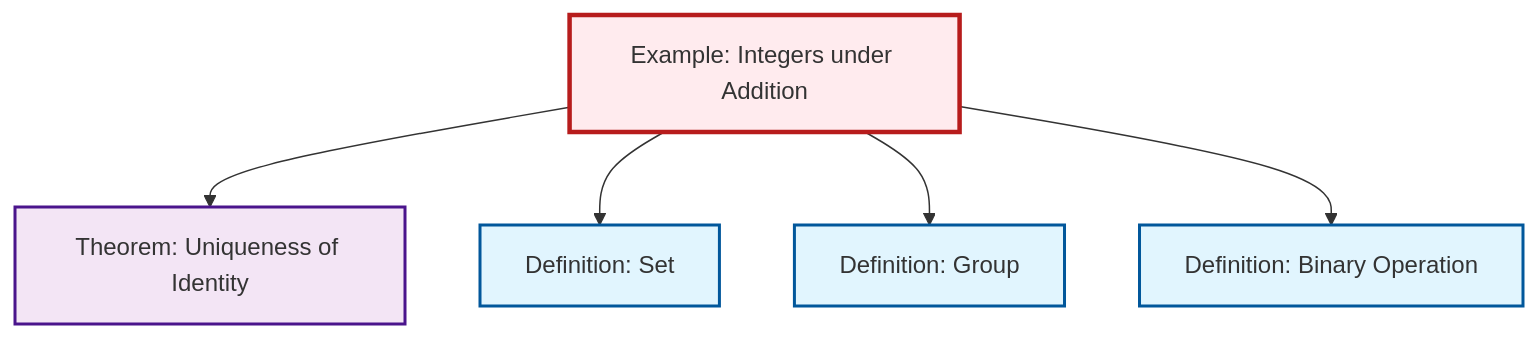
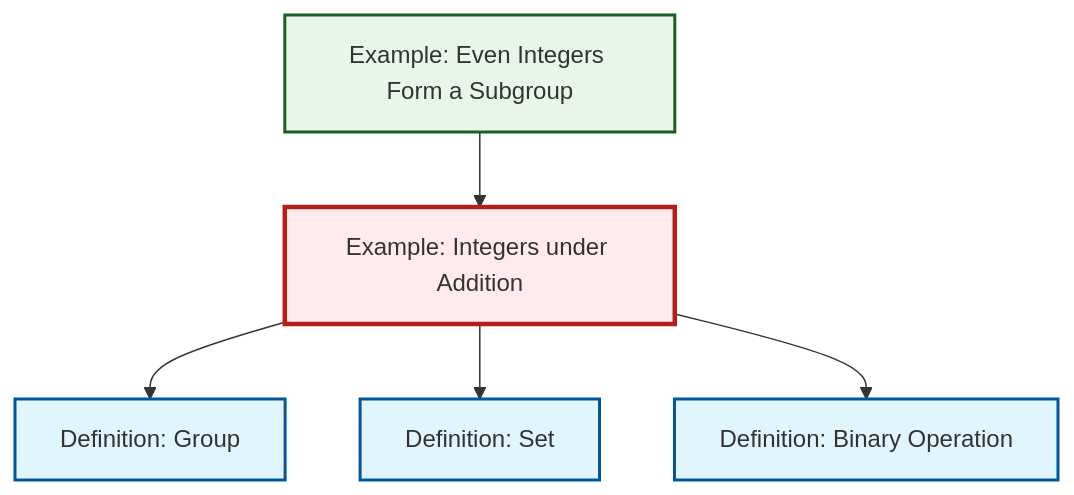
Before and after one commit to RK0429/ModernMath: the diagram in content/en/algebra/ex-integers-addition.qmd, drawn with Mermaid. The commit also changed other lines of this file and 203 other files, not shown here.

````diff
--- a/content/en/algebra/ex-integers-addition.qmd
+++ b/content/en/algebra/ex-integers-addition.qmd
@@ -71,24 +71,19 @@
 ```{mermaid}
 %%| fig-cap: "Local dependency graph"
 graph TD
     classDef definition fill:#e1f5fe,stroke:#01579b,stroke-width:2px
     classDef theorem fill:#f3e5f5,stroke:#4a148c,stroke-width:2px
     classDef axiom fill:#fff3e0,stroke:#e65100,stroke-width:2px
     classDef example fill:#e8f5e9,stroke:#1b5e20,stroke-width:2px
     classDef current fill:#ffebee,stroke:#b71c1c,stroke-width:3px
     def-group["Definition: Group"]:::definition
     def-binary-operation["Definition: Binary Operation"]:::definition
+    ex-even-integers-subgroup["Example: Even Integers Form a Subgroup"]:::example
     def-set["Definition: Set"]:::definition
-    thm-unique-identity["Theorem: Uniqueness of Identity"]:::theorem
     ex-integers-addition["Example: Integers under Addition"]:::example
-    ex-integers-addition --> thm-unique-identity
+    ex-even-integers-subgroup --> ex-integers-addition
+    ex-integers-addition --> def-group
     ex-integers-addition --> def-set
-    ex-integers-addition --> def-group
     ex-integers-addition --> def-binary-operation
     class ex-integers-addition current
-
-    click def-group "def-group.html" "Go to Group definition"
-    click def-binary-operation "def-binary-operation.html" "Go to Binary Operation definition"
-    click def-set "def-set.html" "Go to Set definition"
-    click thm-unique-identity "thm-unique-identity.html" "Go to Uniqueness of Identity theorem"
 ```
````
